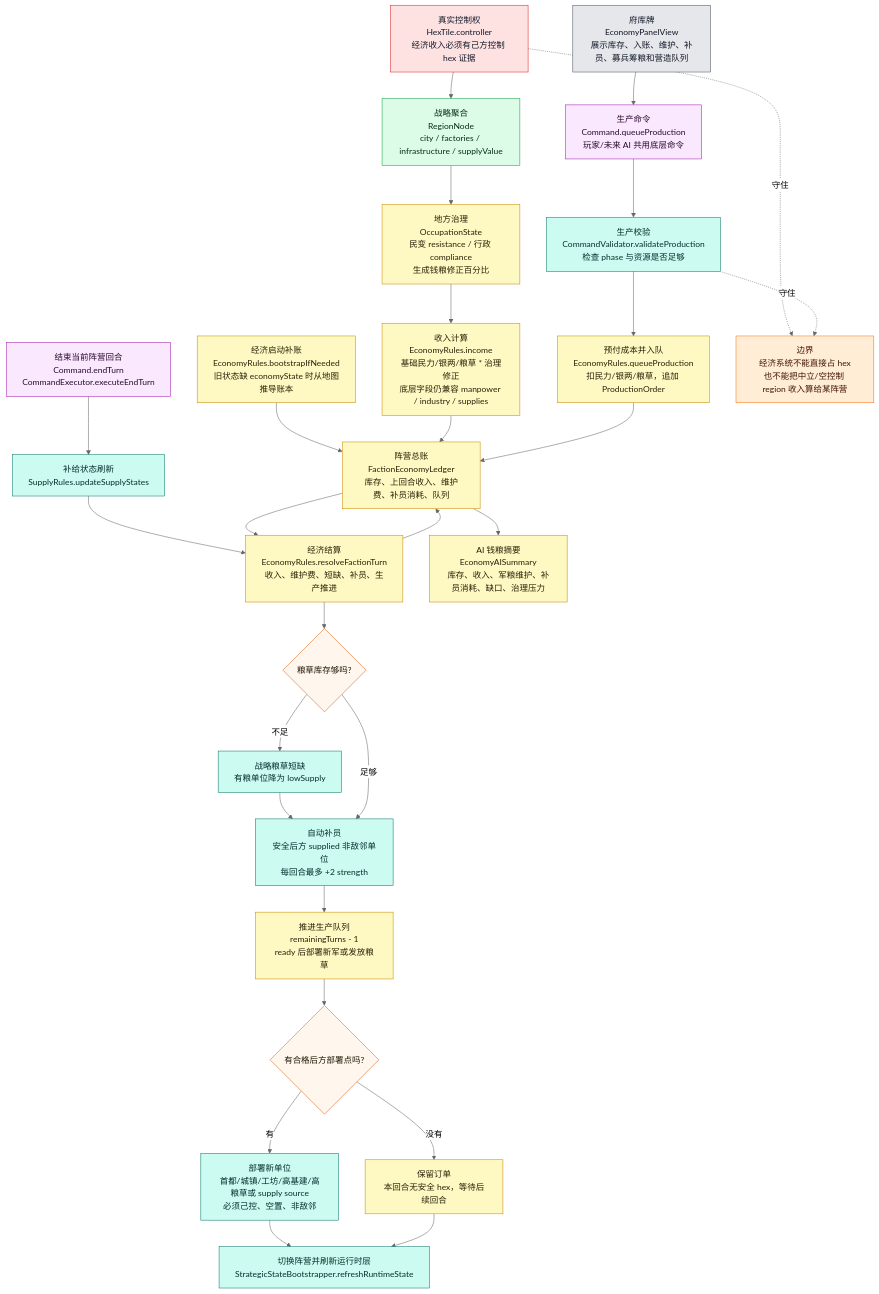
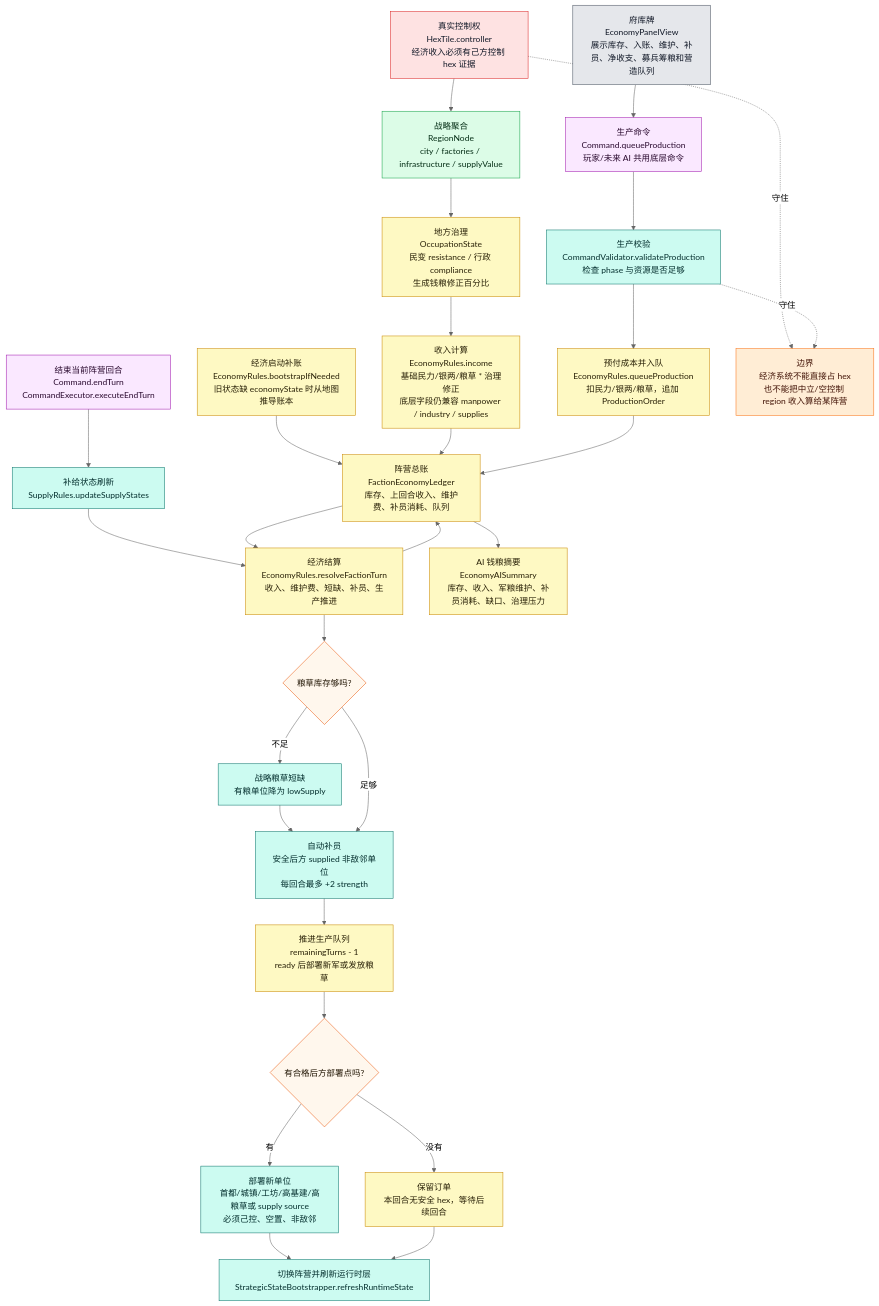
The fourth of 9 diagrams in md/flow/flowchart.md (Altman-sam114/123), drawn with Mermaid (neutral theme) before and after one commit. The commit also changed other lines of this file and 6 other files, not shown here.

Commit message:
feat(ui): show treasury flow pressure

````diff
--- a/md/flow/flowchart.md
+++ b/md/flow/flowchart.md
@@ -281,54 +281,54 @@
 ```mermaid
 flowchart TD
     BOOT["经济启动补账<br/>EconomyRules.bootstrapIfNeeded<br/>旧状态缺 economyState 时从地图推导账本"]:::economy
     HEX["真实控制权<br/>HexTile.controller<br/>经济收入必须有己方控制 hex 证据"]:::authority
     REGION["战略聚合<br/>RegionNode<br/>city / factories / infrastructure / supplyValue"]:::derived
     GOV["地方治理<br/>OccupationState<br/>民变 resistance / 行政 compliance<br/>生成钱粮修正百分比"]:::economy
     INCOME["收入计算<br/>EconomyRules.income<br/>基础民力/银两/粮草 * 治理修正<br/>底层字段仍兼容 manpower / industry / supplies"]:::economy
     LEDGER["阵营总账<br/>FactionEconomyLedger<br/>库存、上回合收入、维护费、补员消耗、队列"]:::economy
 
-    UI["府库牌<br/>EconomyPanelView<br/>展示库存、入账、维护、补员、募兵筹粮和营造队列"]:::ui
+    UI["府库牌<br/>EconomyPanelView<br/>展示库存、入账、维护、补员、净收支、募兵筹粮和营造队列"]:::ui
     QUEUE["生产命令<br/>Command.queueProduction<br/>玩家/未来 AI 共用底层命令"]:::command
     VALIDATE["生产校验<br/>CommandValidator.validateProduction<br/>检查 phase 与资源是否足够"]:::rules
     PAY["预付成本并入队<br/>EconomyRules.queueProduction<br/>扣民力/银两/粮草，追加 ProductionOrder"]:::economy
 
     END["结束当前阵营回合<br/>Command.endTurn<br/>CommandExecutor.executeEndTurn"]:::command
     SUPPLY["补给状态刷新<br/>SupplyRules.updateSupplyStates"]:::rules
     RESOLVE["经济结算<br/>EconomyRules.resolveFactionTurn<br/>收入、维护费、短缺、补员、生产推进"]:::economy
     SHORT{"粮草库存够吗?"}:::decision
     LOW["战略粮草短缺<br/>有粮单位降为 lowSupply"]:::rules
     REINF["自动补员<br/>安全后方 supplied 非敌邻单位<br/>每回合最多 +2 strength"]:::rules
     PROD["推进生产队列<br/>remainingTurns - 1<br/>ready 后部署新军或发放粮草"]:::economy
     DEPLOY{"有合格后方部署点吗?"}:::decision
     SPAWN["部署新单位<br/>首都/城镇/工坊/高基建/高粮草或 supply source<br/>必须己控、空置、非敌邻"]:::rules
     WAIT["保留订单<br/>本回合无安全 hex，等待后续回合"]:::economy
     NEXT["切换阵营并刷新运行时层<br/>StrategicStateBootstrapper.refreshRuntimeState"]:::rules
 
     BOOT --> LEDGER
     HEX --> REGION --> GOV --> INCOME --> LEDGER
     UI --> QUEUE --> VALIDATE --> PAY --> LEDGER
     END --> SUPPLY --> RESOLVE
     LEDGER --> RESOLVE
     RESOLVE --> SHORT
     SHORT -->|不足| LOW --> REINF
     SHORT -->|足够| REINF
     REINF --> PROD --> DEPLOY
     DEPLOY -->|有| SPAWN --> NEXT
     DEPLOY -->|没有| WAIT --> NEXT
     RESOLVE --> LEDGER
 
     LEDGER --> AISUM["AI 钱粮摘要<br/>EconomyAISummary<br/>库存、收入、军粮维护、补员消耗、缺口、治理压力"]:::economy
 
     WARN["边界<br/>经济系统不能直接占 hex<br/>也不能把中立/空控制 region 收入算给某阵营"]:::warn
     HEX -.守住.-> WARN
     VALIDATE -.守住.-> WARN
 
     classDef authority fill:#fee2e2,stroke:#dc2626,color:#111827
     classDef derived fill:#dcfce7,stroke:#16a34a,color:#052e16
     classDef economy fill:#fef9c3,stroke:#ca8a04,color:#292107
     classDef command fill:#fae8ff,stroke:#a21caf,color:#2a0a2f
     classDef rules fill:#ccfbf1,stroke:#0f766e,color:#042f2e
     classDef decision fill:#fff7ed,stroke:#ea580c,color:#1f1300
     classDef ui fill:#e5e7eb,stroke:#4b5563,color:#111827
     classDef warn fill:#ffedd5,stroke:#f97316,color:#431407
 ```
````
